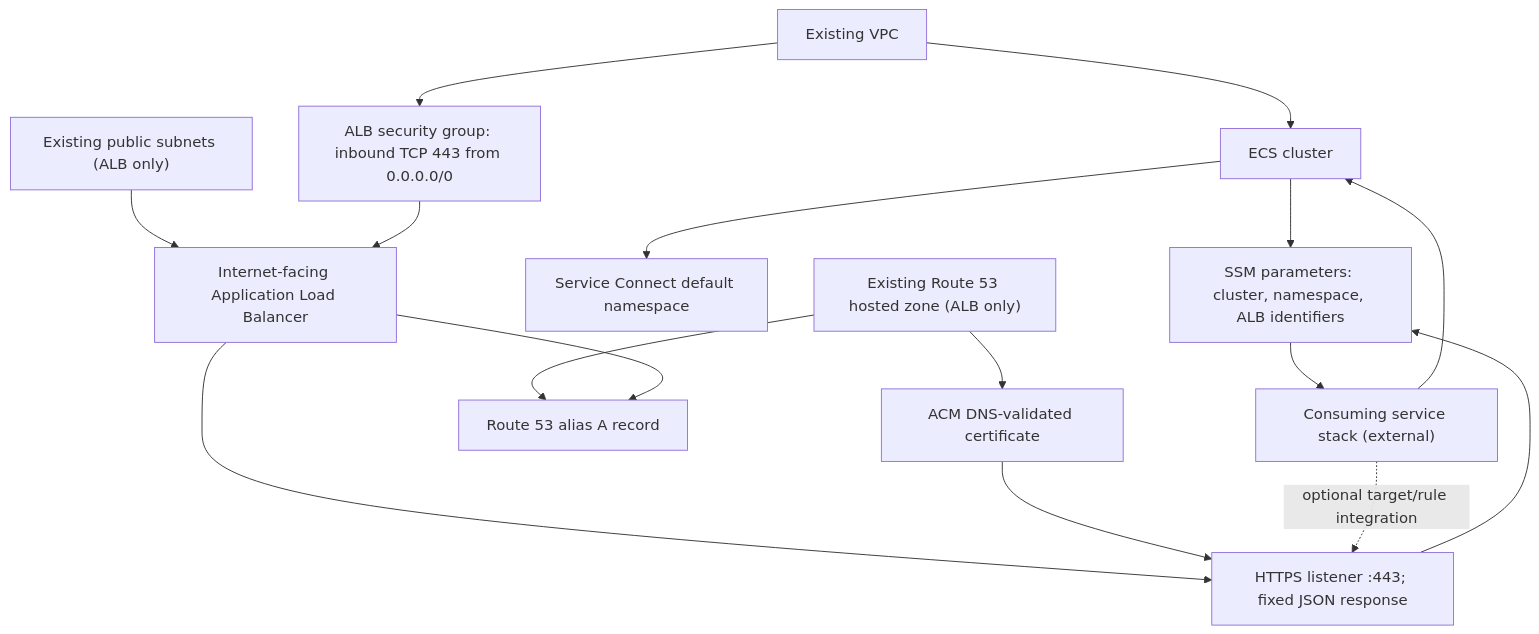
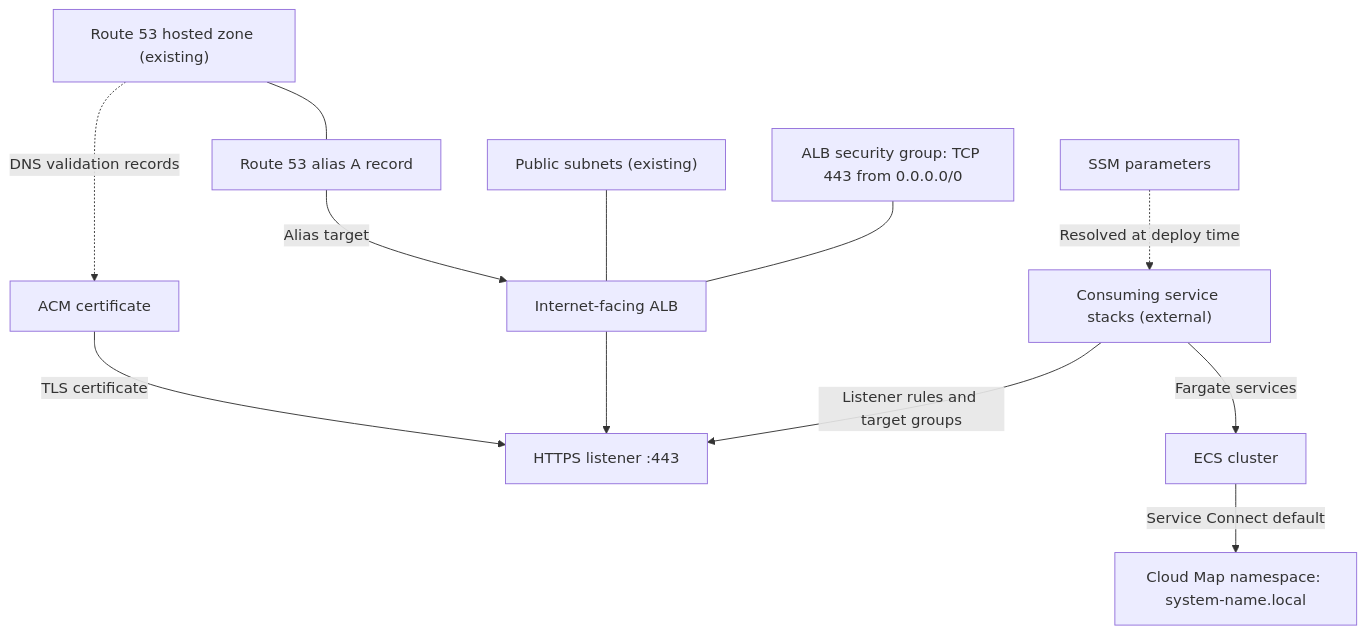
One commit to ServerlessOpsIO/backstage-aws-sam-ecs-template changed the third of 4 diagrams in cluster/skeleton/docs/handbook/04-architecture.md. Above: the diagram before and after it, drawn with Mermaid. The commit also changed other lines of this file and 21 other files, not shown here.

````diff
--- a/cluster/skeleton/docs/handbook/04-architecture.md
+++ b/cluster/skeleton/docs/handbook/04-architecture.md
@@ -48,31 +72,26 @@
 ```mermaid
 flowchart TD
-    VPC["Existing VPC"]
-    Subnets["Existing public subnets (ALB only)"]
-    Zone["Existing Route 53 hosted zone (ALB only)"]
-    ECS["ECS cluster"]
-    SC["Service Connect default namespace"]
-    SG["ALB security group: inbound TCP 443 from 0.0.0.0/0"]
-    ALB["Internet-facing Application Load Balancer"]
-    Listener["HTTPS listener :443; fixed JSON response"]
-    Cert["ACM DNS-validated certificate"]
+    Zone["Route 53 hosted zone (existing)"]
     Record["Route 53 alias A record"]
-    SSM["SSM parameters: cluster, namespace, ALB identifiers"]
-    Consumer["Consuming service stack (external)"]
+    Certificate["ACM certificate"]
+    Subnets["Public subnets (existing)"]
+    SG["ALB security group: TCP 443 from 0.0.0.0/0"]
+    ALB["Internet-facing ALB"]
+    Listener["HTTPS listener :443"]
+    Cluster["ECS cluster"]
+    CloudMap["Cloud Map namespace: system-name.local"]
+    SSM["SSM parameters"]
+    Services["Consuming service stacks (external)"]
 
-    VPC --> ECS
-    ECS --> SC
-    VPC --> SG
-    Subnets --> ALB
-    SG --> ALB
+    Zone --- Record
+    Record -->|"Alias target"| ALB
+    Certificate -->|"TLS certificate"| Listener
+    Zone -.->|"DNS validation records"| Certificate
+    Subnets --- ALB
+    SG --- ALB
     ALB --> Listener
-    Cert --> Listener
-    Zone --> Cert
-    Zone --> Record
-    ALB --> Record
-    ECS --> SSM
-    Listener --> SSM
-    SSM --> Consumer
-    Consumer --> ECS
-    Consumer -. optional target/rule integration .-> Listener
+    Cluster -->|"Service Connect default"| CloudMap
+    Services -->|"Listener rules and target groups"| Listener
+    Services -->|"Fargate services"| Cluster
+    SSM -.->|"Resolved at deploy time"| Services
 ```
````
